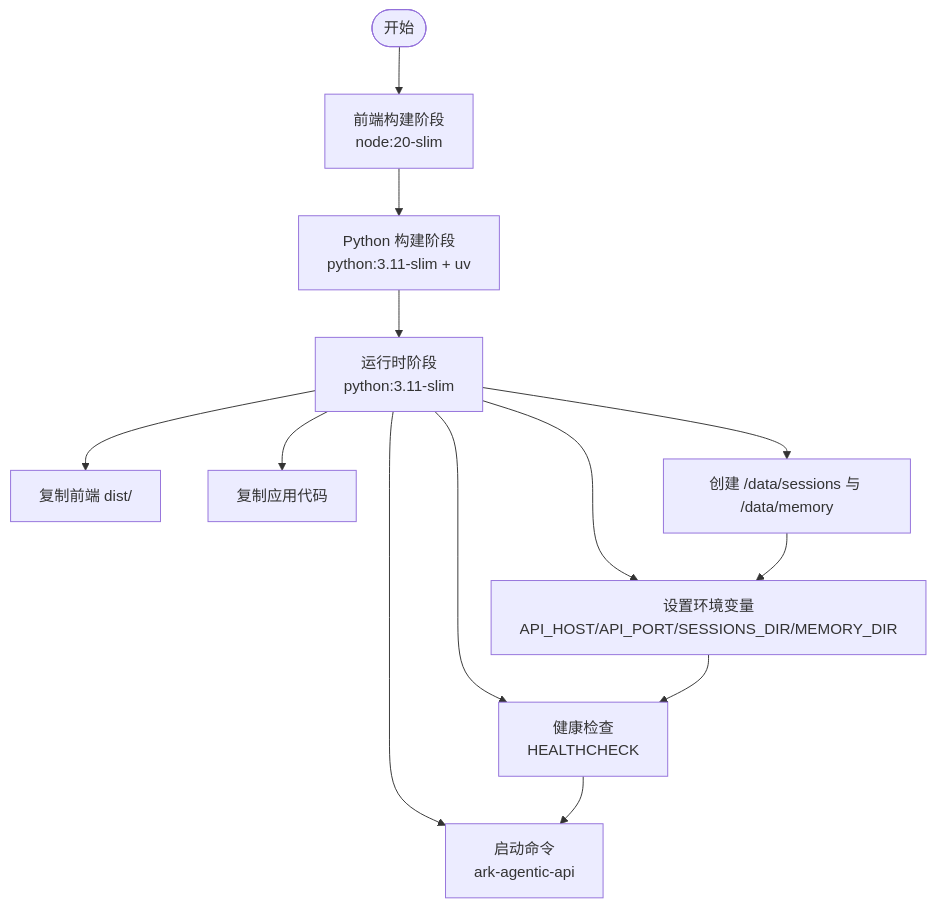
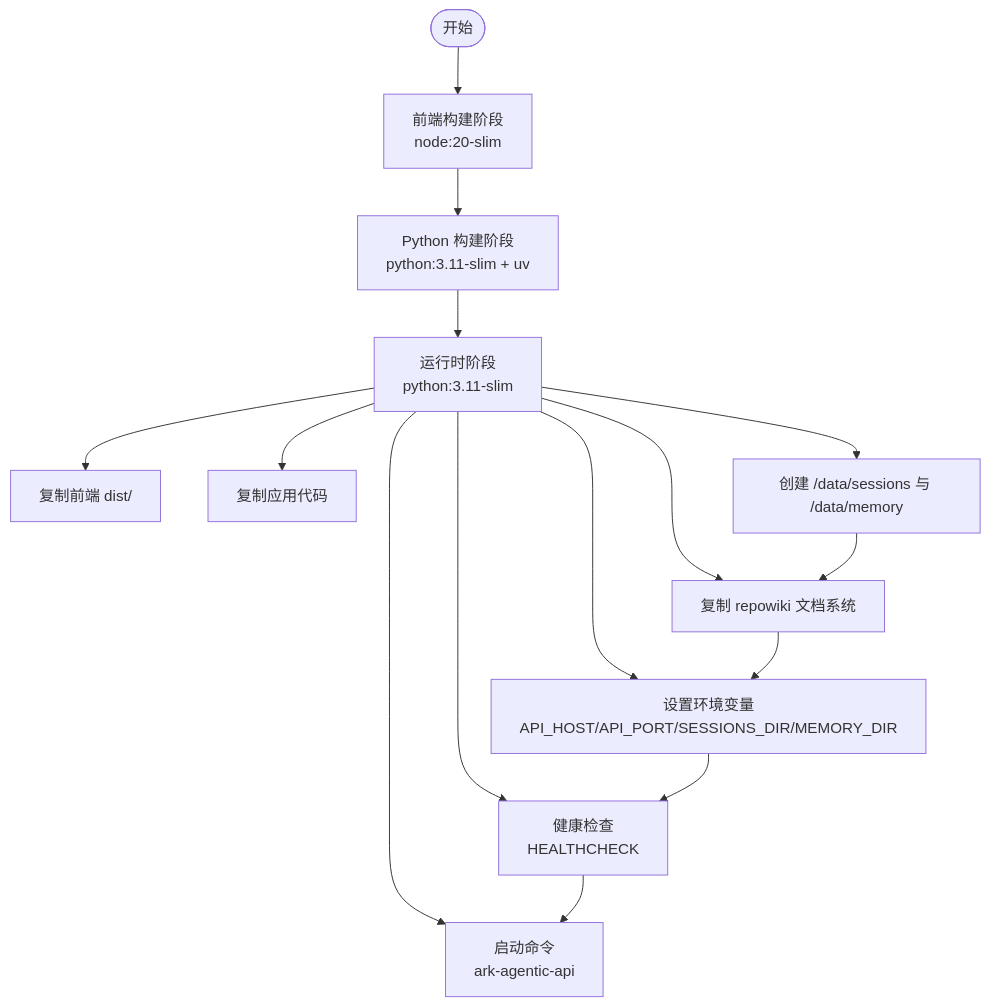
The third of 10 diagrams in repowiki/zh/content/部署与运维/部署与运维.md (YU-JI-KUI/ark-agentic), drawn with Mermaid before and after one commit. The commit also changed other lines of this file and 10 other files, not shown here.

````diff
--- a/repowiki/zh/content/部署与运维/部署与运维.md
+++ b/repowiki/zh/content/部署与运维/部署与运维.md
@@ -140,13 +173,14 @@
 ```mermaid
 flowchart TD
 Start(["开始"]) --> FE["前端构建阶段<br/>node:20-slim"]
 FE --> Builder["Python 构建阶段<br/>python:3.11-slim + uv"]
 Builder --> Runtime["运行时阶段<br/>python:3.11-slim"]
 Runtime --> CopyDist["复制前端 dist/"]
 Runtime --> CopySrc["复制应用代码"]
 Runtime --> Mkdir["创建 /data/sessions 与 /data/memory"]
+Runtime --> CopyWiki["复制 repowiki 文档系统"]
 Runtime --> Env["设置环境变量<br/>API_HOST/API_PORT/SESSIONS_DIR/MEMORY_DIR"]
 Runtime --> Health["健康检查<br/>HEALTHCHECK"]
 Runtime --> Cmd["启动命令<br/>ark-agentic-api"]
-Mkdir --> Env --> Health --> Cmd
+Mkdir --> CopyWiki --> Env --> Health --> Cmd
 ```
````
